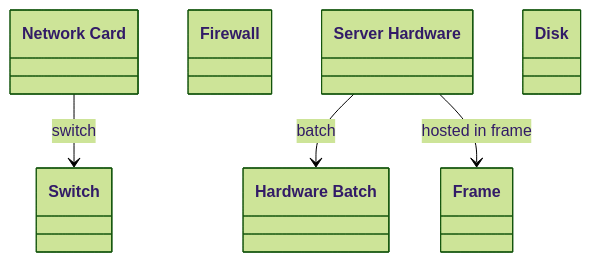
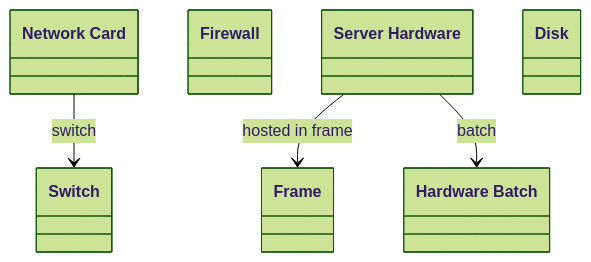
The diagram in output/ieswc_leng/hardware.ttl-leng-7-0-hard.md (oeg-upm/Devos), drawn with Mermaid (forest theme) before and after one commit. The commit also changed other lines of this file and 131 other files, not shown here.

````diff
--- a/output/ieswc_leng/hardware.ttl-leng-7-0-hard.md
+++ b/output/ieswc_leng/hardware.ttl-leng-7-0-hard.md
@@ -1,41 +1,41 @@
 ```mermaid
 	classDiagram
 
     
     class `Network Card` {
     
     }
 
     class `Firewall` {
     
     }
 
     class `Frame` {
     
     }
 
     class `Switch` {
     
     }
 
     class `Hardware Batch` {
     
     }
 
     class `Server Hardware` {
     
     }
 
     class `Disk` {
     
     }
 
 
 
-`Server Hardware`  --> `Hardware Batch`   :batch  
-
 `Network Card`  --> `Switch`   :switch  
 
 `Server Hardware`  --> `Frame`   :hosted in frame  
 
+`Server Hardware`  --> `Hardware Batch`   :batch  
+
 ```
````
